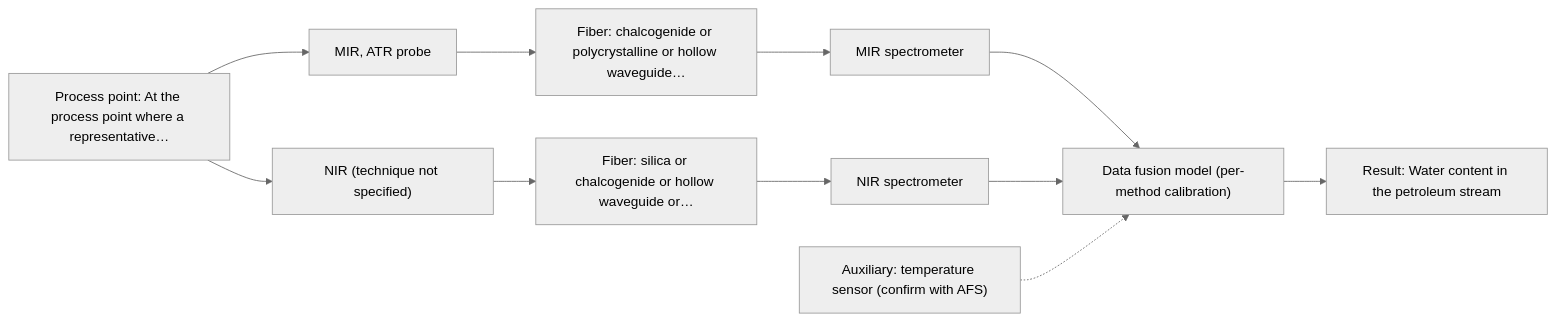
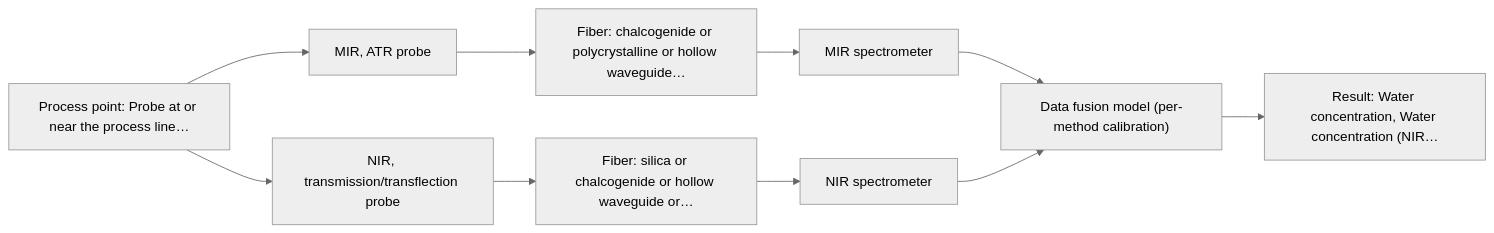
One commit to sleipnir029/Afs-Spectroscopy-Assistant changed the second of 2 diagrams in outputs/dev/D06.md. Above: the diagram before and after it, drawn with Mermaid (neutral theme). The commit also changed other lines of this file and 41 other files, not shown here.

````diff
--- a/outputs/dev/D06.md
+++ b/outputs/dev/D06.md
@@ -87,23 +88,21 @@
 ```mermaid
 flowchart LR
-    proc["Process point: At the process point where a representative…"]
+    proc["Process point: Probe at or near the process line…"]
     probe1["MIR, ATR probe"]
     fiber1["Fiber: chalcogenide or polycrystalline or hollow waveguide…"]
     spec1["MIR spectrometer"]
-    probe2["NIR (technique not specified)"]
+    probe2["NIR, transmission/transflection probe"]
     fiber2["Fiber: silica or chalcogenide or hollow waveguide or…"]
     spec2["NIR spectrometer"]
     model["Data fusion model (per-method calibration)"]
-    result["Result: Water content in the petroleum stream"]
-    aux1["Auxiliary: temperature sensor (confirm with AFS)"]
+    result["Result: Water concentration, Water concentration (NIR…"]
     proc --> probe1
     probe1 --> fiber1
     fiber1 --> spec1
     spec1 --> model
     proc --> probe2
     probe2 --> fiber2
     fiber2 --> spec2
     spec2 --> model
     model --> result
-    aux1 -.-> model
 ```
````
